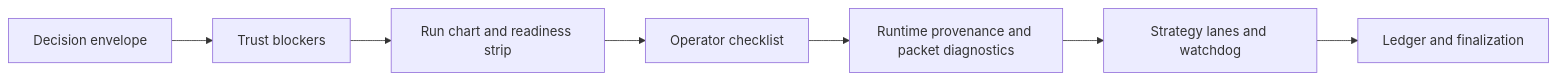
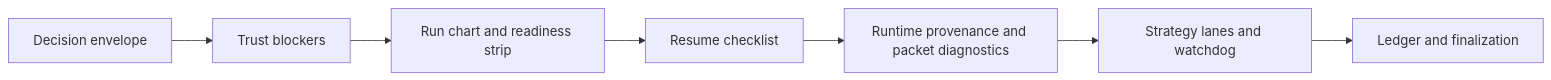
Before and after one commit to TheGreenCedar/codex-autoresearch: the sixth of 6 diagrams in plugins/codex-autoresearch/docs/workflows.md, drawn with Mermaid. The commit also changed other lines of this file and 27 other files, not shown here.

````diff
--- a/plugins/codex-autoresearch/docs/workflows.md
+++ b/plugins/codex-autoresearch/docs/workflows.md
@@ -99,9 +99,9 @@
 ```mermaid
 flowchart LR
   A["Decision envelope"] --> B["Trust blockers"]
   B --> C["Run chart and readiness strip"]
-  C --> D["Operator checklist"]
+  C --> D["Resume checklist"]
   D --> E["Runtime provenance and packet diagnostics"]
   E --> F["Strategy lanes and watchdog"]
   F --> G["Ledger and finalization"]
 ```
````
